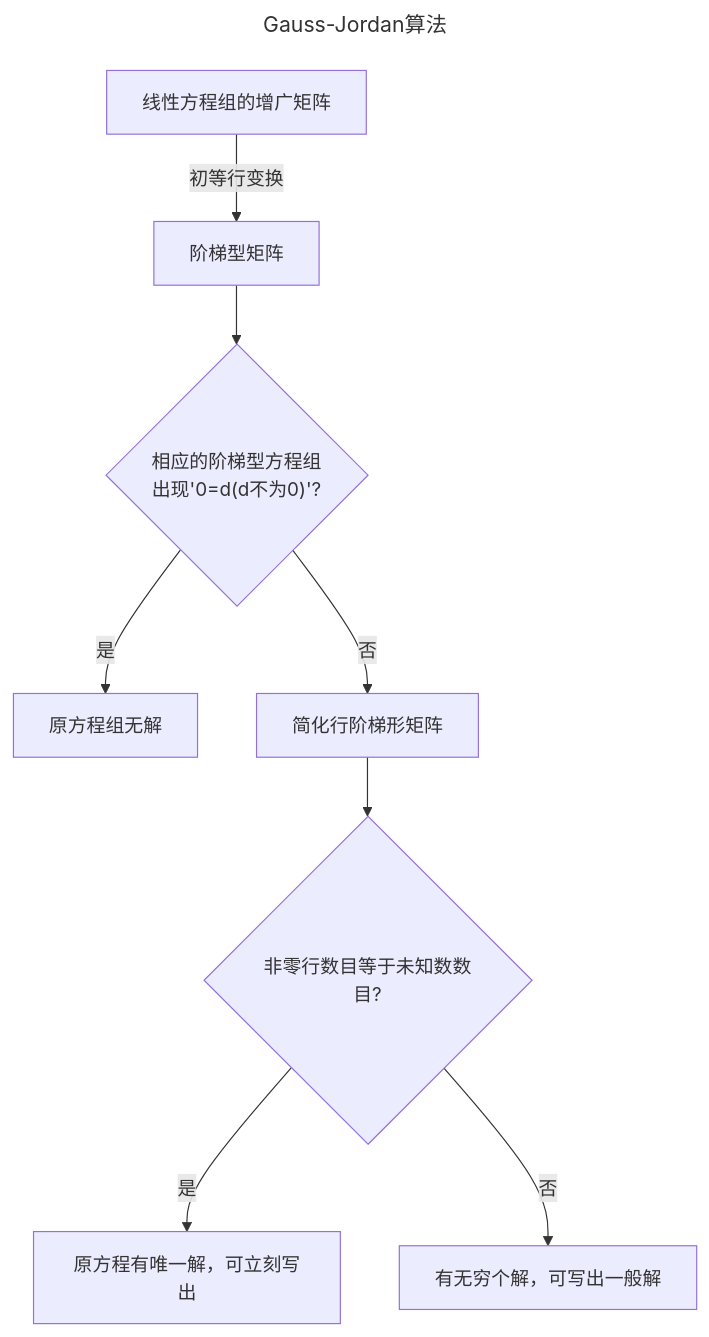
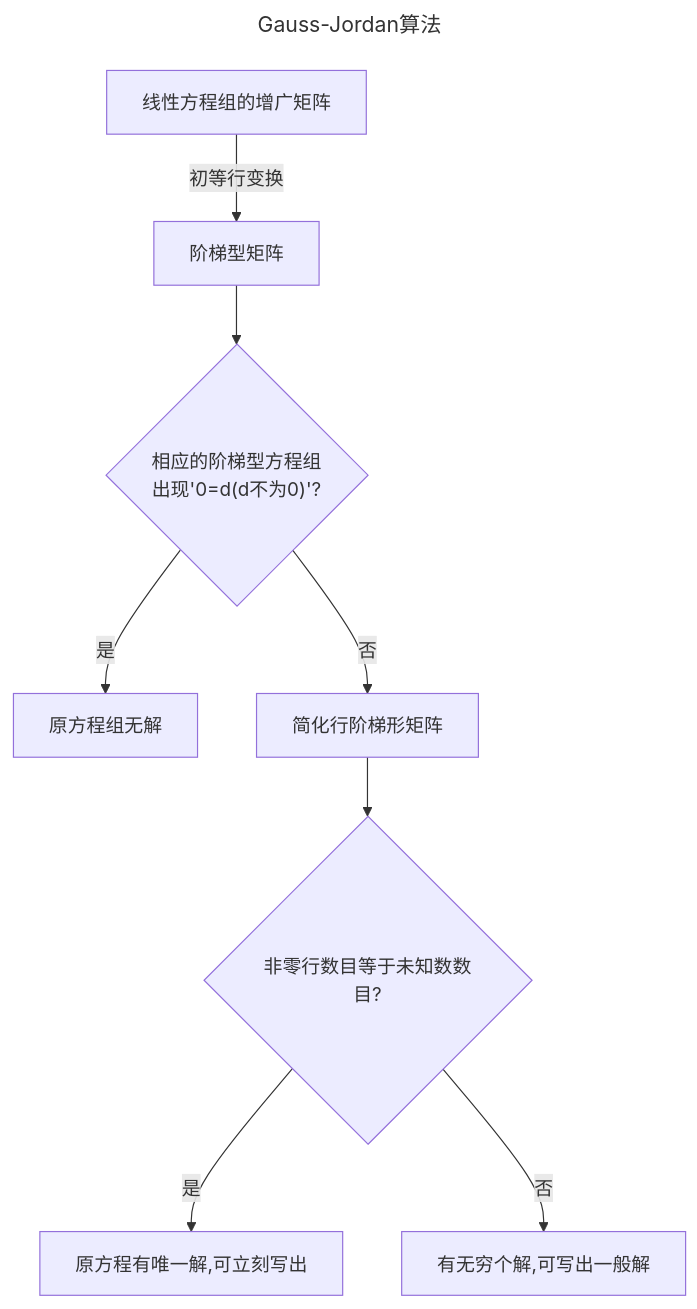
One commit to locusyuri/MathRepo changed the diagram in 1.代数学/线性代数/线性代数.md. Above: the diagram before and after it, drawn with Mermaid. The commit also changed other lines of this file and 9 other files, not shown here.

````diff
--- a/1.代数学/线性代数/线性代数.md
+++ b/1.代数学/线性代数/线性代数.md
@@ -394,10 +397,10 @@
 ```mermaid
 --- 
 title: Gauss-Jordan算法 
 ---
 flowchart TD
 A[线性方程组的增广矩阵] --初等行变换-->B[阶梯型矩阵]-->C{"相应的阶梯型方程组<br/>出现'0=d(d不为0)'?"}--是-->D[原方程组无解]
 
-C--否-->E[简化行阶梯形矩阵]-->F{非零行数目等于未知数数目?}--是-->G[原方程有唯一解，可立刻写出]
-F--否-->H[有无穷个解，可写出一般解]
+C--否-->E[简化行阶梯形矩阵]-->F{非零行数目等于未知数数目?}--是-->G[原方程有唯一解,可立刻写出]
+F--否-->H[有无穷个解,可写出一般解]
 ```
````
